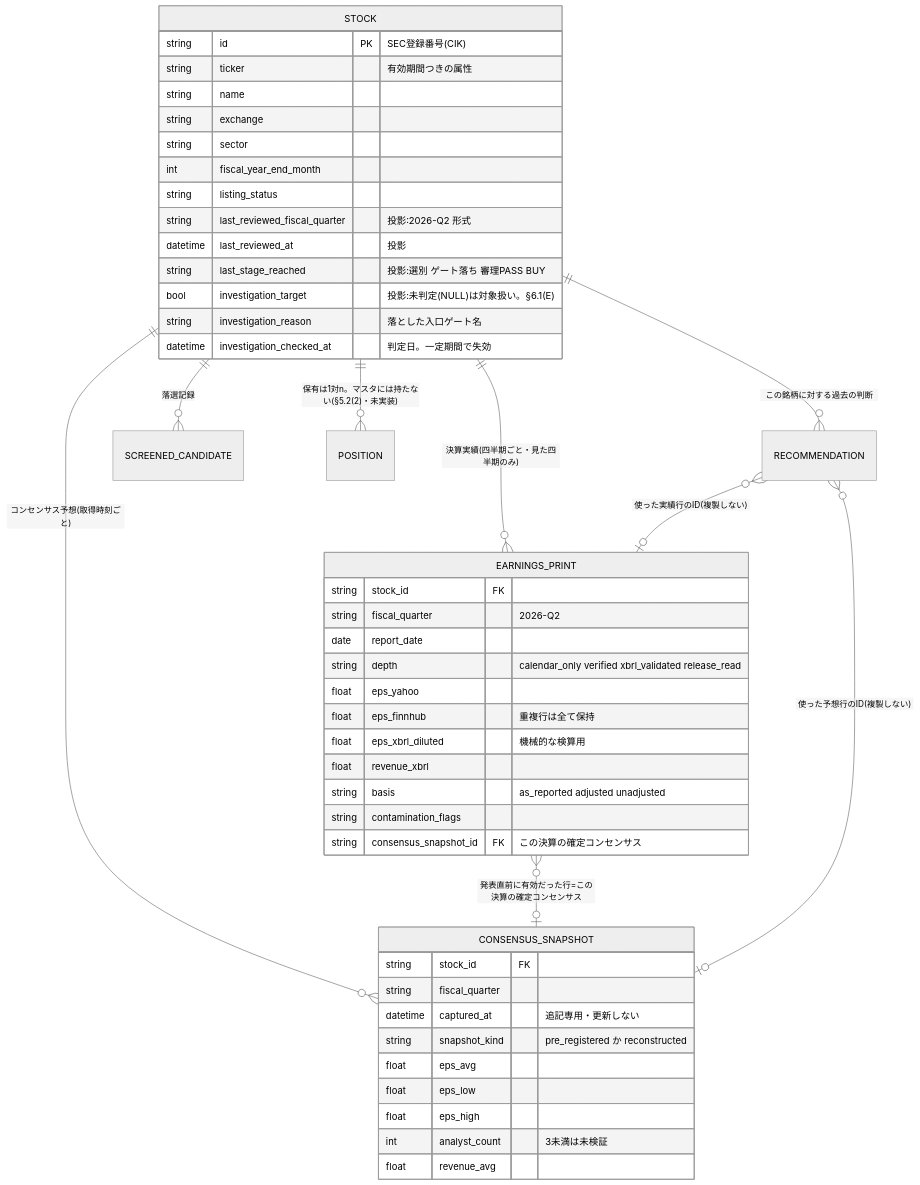
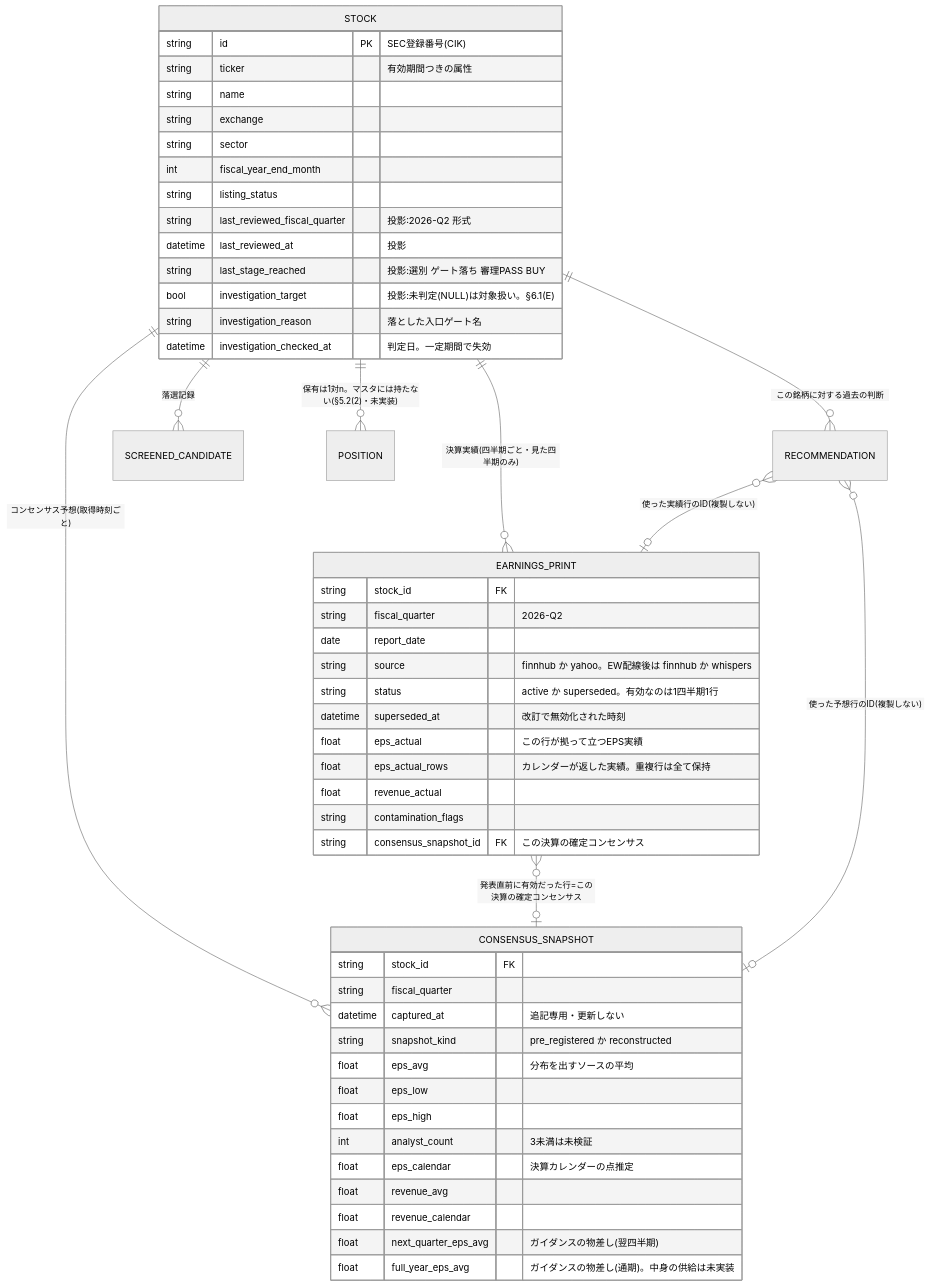
Before and after one commit to umiji/Hawkeye-Re: the fourth of 6 diagrams in docs/design/MASTER_OVERVIEW.ja.md, drawn with Mermaid (neutral theme). The commit also changed other lines of this file and 6 other files, not shown here.

````diff
--- a/docs/design/MASTER_OVERVIEW.ja.md
+++ b/docs/design/MASTER_OVERVIEW.ja.md
@@ -1922,51 +1970,55 @@
 ```mermaid
 erDiagram
     STOCK ||--o{ EARNINGS_PRINT : "決算実績(四半期ごと・見た四半期のみ)"
     STOCK ||--o{ CONSENSUS_SNAPSHOT : "コンセンサス予想(取得時刻ごと)"
     STOCK ||--o{ RECOMMENDATION : "この銘柄に対する過去の判断"
     STOCK ||--o{ SCREENED_CANDIDATE : "落選記録"
     STOCK ||--o{ POSITION : "保有は1対n。マスタには持たない(§5.2(2)・未実装)"
     EARNINGS_PRINT }o--o| CONSENSUS_SNAPSHOT : "発表直前に有効だった行=この決算の確定コンセンサス"
     RECOMMENDATION }o--o| CONSENSUS_SNAPSHOT : "使った予想行のID(複製しない)"
     RECOMMENDATION }o--o| EARNINGS_PRINT : "使った実績行のID(複製しない)"
 
     STOCK {
         string id PK "SEC登録番号(CIK)"
         string ticker "有効期間つきの属性"
         string name
         string exchange
         string sector
         int fiscal_year_end_month
         string listing_status
         string last_reviewed_fiscal_quarter "投影:2026-Q2 形式"
         datetime last_reviewed_at "投影"
         string last_stage_reached "投影:選別 ゲート落ち 審理PASS BUY"
         bool investigation_target "投影:未判定(NULL)は対象扱い。§6.1(E)"
         string investigation_reason "落とした入口ゲート名"
         datetime investigation_checked_at "判定日。一定期間で失効"
     }
     EARNINGS_PRINT {
         string stock_id FK
         string fiscal_quarter "2026-Q2"
         date report_date
-        string depth "calendar_only verified xbrl_validated release_read"
-        float eps_yahoo
-        float eps_finnhub "重複行は全て保持"
-        float eps_xbrl_diluted "機械的な検算用"
-        float revenue_xbrl
-        string basis "as_reported adjusted unadjusted"
+        string source "finnhub か yahoo。EW配線後は finnhub か whispers"
+        string status "active か superseded。有効なのは1四半期1行"
+        datetime superseded_at "改訂で無効化された時刻"
+        float eps_actual "この行が拠って立つEPS実績"
+        float eps_actual_rows "カレンダーが返した実績。重複行は全て保持"
+        float revenue_actual
         string contamination_flags
         string consensus_snapshot_id FK "この決算の確定コンセンサス"
     }
     CONSENSUS_SNAPSHOT {
         string stock_id FK
         string fiscal_quarter
         datetime captured_at "追記専用・更新しない"
         string snapshot_kind "pre_registered か reconstructed"
-        float eps_avg
+        float eps_avg "分布を出すソースの平均"
         float eps_low
         float eps_high
         int analyst_count "3未満は未検証"
+        float eps_calendar "決算カレンダーの点推定"
         float revenue_avg
+        float revenue_calendar
+        float next_quarter_eps_avg "ガイダンスの物差し(翌四半期)"
+        float full_year_eps_avg "ガイダンスの物差し(通期)。中身の供給は未実装"
     }
 ```
````
